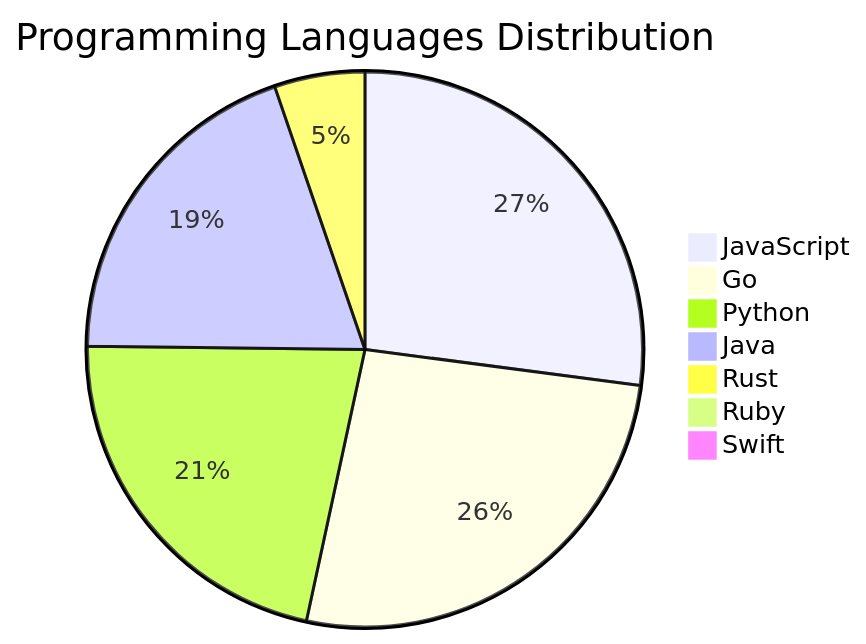
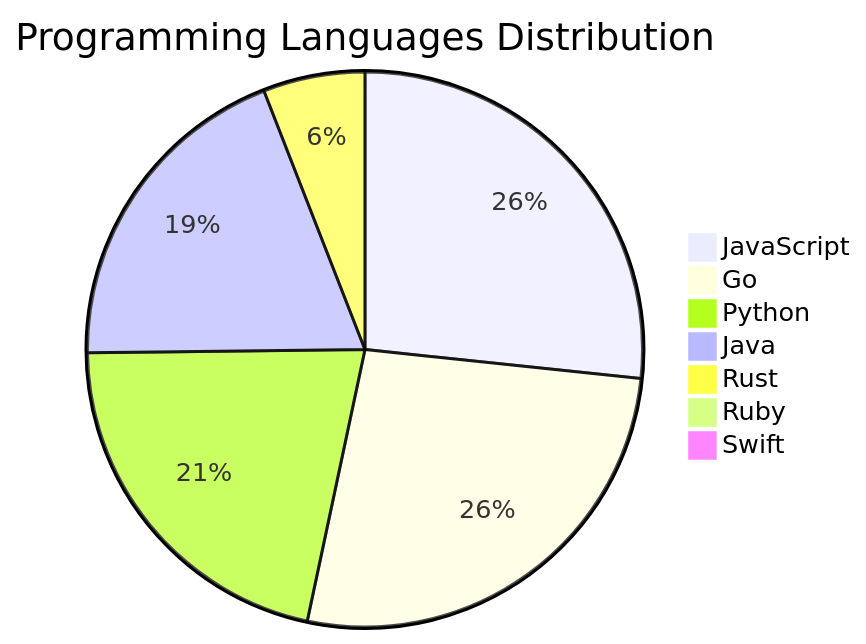
Before and after one commit to Derrick-MUGISHA/github-activity-bot: the diagram in README.md, drawn with Mermaid. The commit also changed other lines of this file and 4 other files, not shown here.

````diff
--- a/README.md
+++ b/README.md
@@ -207,10 +207,10 @@
 ```mermaid
 pie title Programming Languages Distribution
     "JavaScript" : 36
-    "Go" : 35
+    "Go" : 36
     "Python" : 29
     "Java" : 26
-    "Rust" : 7
+    "Rust" : 8
     "Ruby" : 1
     "Swift" : 1
 ```
````
